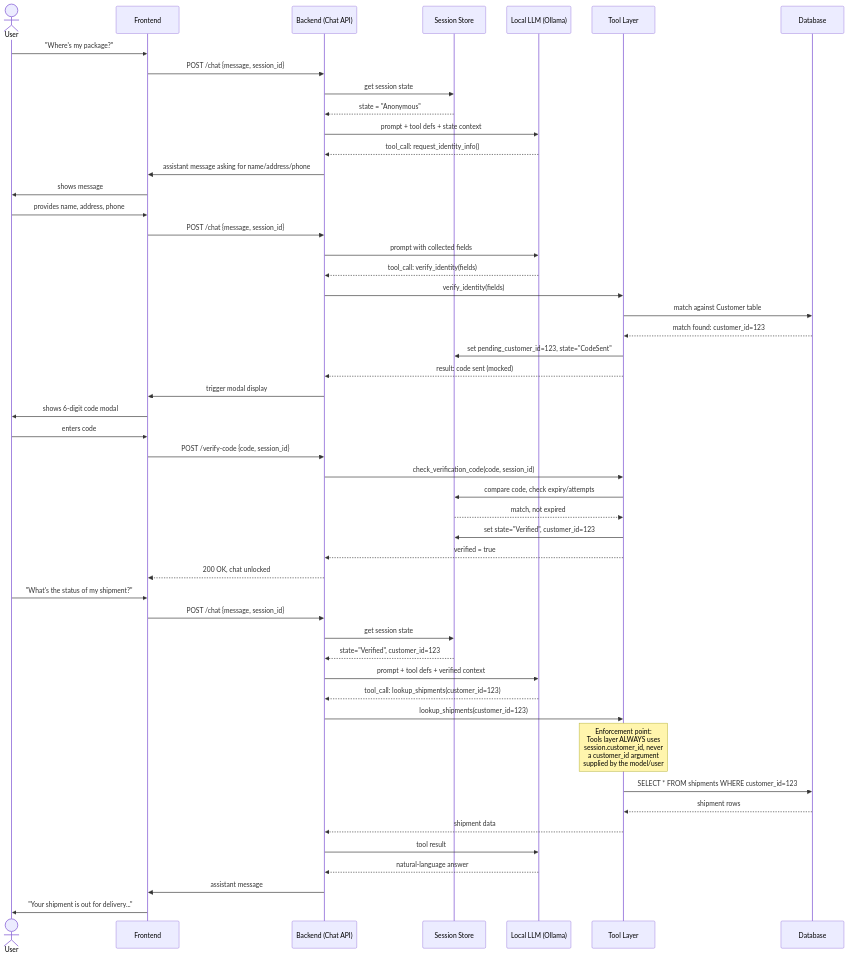
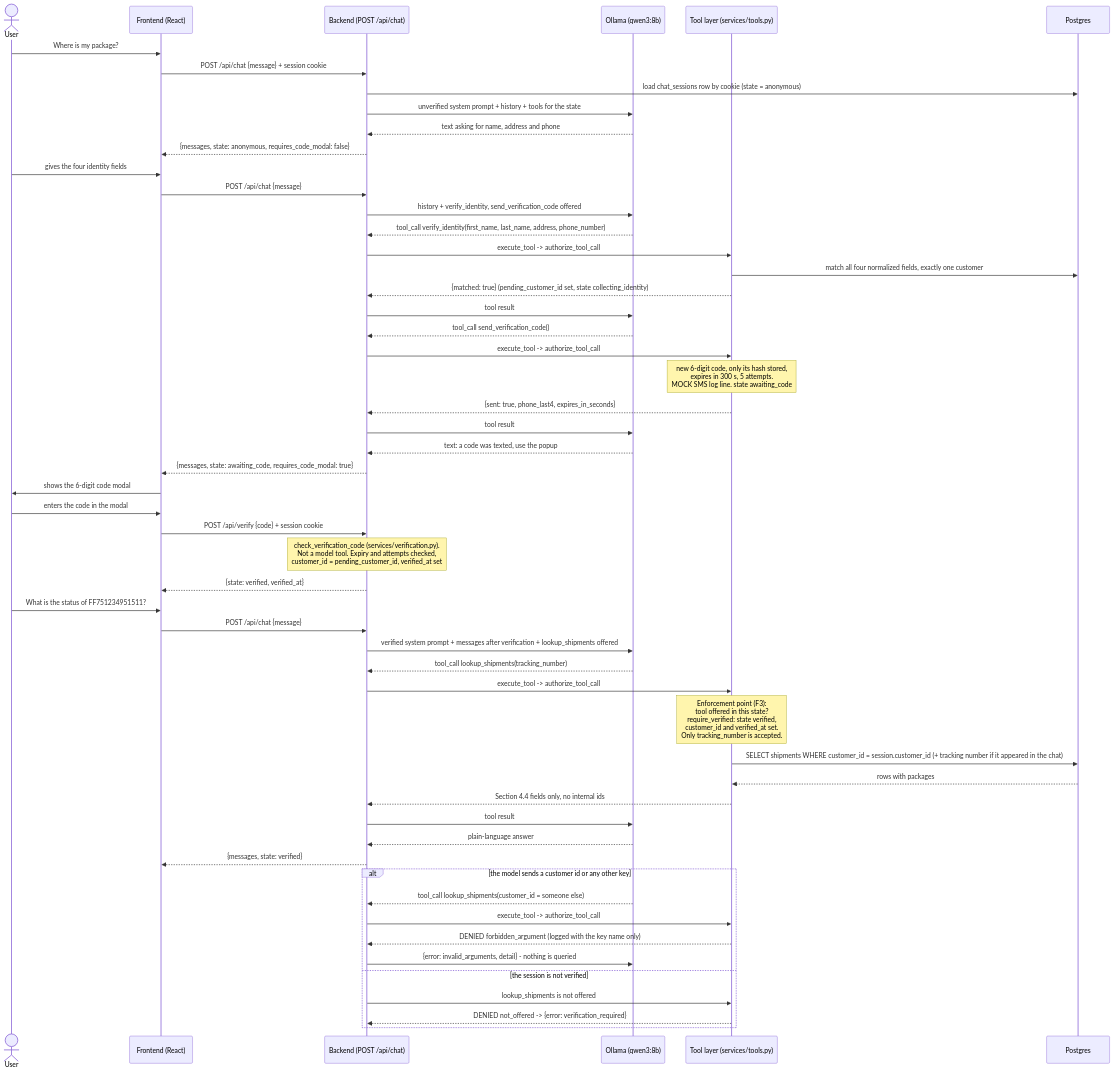
One commit to Vladimir86ns/secureship changed the diagram in docs/diagrams/04-tool-calling-sequence-http.md. Above: the diagram before and after it, drawn with Mermaid. The commit also changed other lines of this file and 10 other files, not shown here.

Commit message:
Week 5: diagrams regenerated against the implementation, final README

````diff
--- a/docs/diagrams/04-tool-calling-sequence-http.md
+++ b/docs/diagrams/04-tool-calling-sequence-http.md
@@ -5,56 +11,61 @@
 ```mermaid
 sequenceDiagram
     actor User
-    participant FE as Frontend
-    participant BE as Backend (Chat API)
-    participant Session as Session Store
-    participant LLM as Local LLM (Ollama)
-    participant Tools as Tool Layer
-    participant DB as Database
+    participant FE as Frontend (React)
+    participant BE as Backend (POST /api/chat)
+    participant LLM as Ollama (qwen3:8b)
+    participant Tools as Tool layer (services/tools.py)
+    participant DB as Postgres
 
-    User->>FE: "Where's my package?"
-    FE->>BE: POST /chat {message, session_id}
-    BE->>Session: get session state
-    Session-->>BE: state = "Anonymous"
-    BE->>LLM: prompt + tool defs + state context
-    LLM-->>BE: tool_call: request_identity_info()
-    BE->>FE: assistant message asking for name/address/phone
-    FE->>User: shows message
+    User->>FE: Where is my package?
+    FE->>BE: POST /api/chat {message} + session cookie
+    BE->>DB: load chat_sessions row by cookie (state = anonymous)
+    BE->>LLM: unverified system prompt + history + tools for the state
+    LLM-->>BE: text asking for name, address and phone
+    BE-->>FE: {messages, state: anonymous, requires_code_modal: false}
 
-    User->>FE: provides name, address, phone
-    FE->>BE: POST /chat {message, session_id}
-    BE->>LLM: prompt with collected fields
-    LLM-->>BE: tool_call: verify_identity(fields)
-    BE->>Tools: verify_identity(fields)
-    Tools->>DB: match against Customer table
-    DB-->>Tools: match found: customer_id=123
-    Tools->>Session: set pending_customer_id=123, state="CodeSent"
-    Tools-->>BE: result: code sent (mocked)
-    BE->>FE: trigger modal display
-    FE->>User: shows 6-digit code modal
+    User->>FE: gives the four identity fields
+    FE->>BE: POST /api/chat {message}
+    BE->>LLM: history + verify_identity, send_verification_code offered
+    LLM-->>BE: tool_call verify_identity(first_name, last_name, address, phone_number)
+    BE->>Tools: execute_tool -> authorize_tool_call
+    Tools->>DB: match all four normalized fields, exactly one customer
+    Tools-->>BE: {matched: true} (pending_customer_id set, state collecting_identity)
+    BE->>LLM: tool result
+    LLM-->>BE: tool_call send_verification_code()
+    BE->>Tools: execute_tool -> authorize_tool_call
+    Note over Tools: new 6-digit code, only its hash stored,<br/>expires in 300 s, 5 attempts.<br/>MOCK SMS log line. state awaiting_code
+    Tools-->>BE: {sent: true, phone_last4, expires_in_seconds}
+    BE->>LLM: tool result
+    LLM-->>BE: text: a code was texted, use the popup
+    BE-->>FE: {messages, state: awaiting_code, requires_code_modal: true}
+    FE->>User: shows the 6-digit code modal
 
-    User->>FE: enters code
-    FE->>BE: POST /verify-code {code, session_id}
-    BE->>Tools: check_verification_code(code, session_id)
-    Tools->>Session: compare code, check expiry/attempts
-    Session-->>Tools: match, not expired
-    Tools->>Session: set state="Verified", customer_id=123
-    Tools-->>BE: verified = true
-    BE-->>FE: 200 OK, chat unlocked
+    User->>FE: enters the code in the modal
+    FE->>BE: POST /api/verify {code} + session cookie
+    Note over BE: check_verification_code (services/verification.py).<br/>Not a model tool. Expiry and attempts checked,<br/>customer_id = pending_customer_id, verified_at set
+    BE-->>FE: {state: verified, verified_at}
 
-    User->>FE: "What's the status of my shipment?"
-    FE->>BE: POST /chat {message, session_id}
-    BE->>Session: get session state
-    Session-->>BE: state="Verified", customer_id=123
-    BE->>LLM: prompt + tool defs + verified context
-    LLM-->>BE: tool_call: lookup_shipments(customer_id=123)
-    BE->>Tools: lookup_shipments(customer_id=123)
-    Note over Tools: Enforcement point:<br/>Tools layer ALWAYS uses<br/>session.customer_id, never<br/>a customer_id argument<br/>supplied by the model/user
-    Tools->>DB: SELECT * FROM shipments WHERE customer_id=123
-    DB-->>Tools: shipment rows
-    Tools-->>BE: shipment data
+    User->>FE: What is the status of FF751234951511?
+    FE->>BE: POST /api/chat {message}
+    BE->>LLM: verified system prompt + messages after verification + lookup_shipments offered
+    LLM-->>BE: tool_call lookup_shipments(tracking_number)
+    BE->>Tools: execute_tool -> authorize_tool_call
+    Note over Tools: Enforcement point (F3):<br/>tool offered in this state?<br/>require_verified: state verified,<br/>customer_id and verified_at set.<br/>Only tracking_number is accepted.
+    Tools->>DB: SELECT shipments WHERE customer_id = session.customer_id (+ tracking number if it appeared in the chat)
+    DB-->>Tools: rows with packages
+    Tools-->>BE: Section 4.4 fields only, no internal ids
     BE->>LLM: tool result
-    LLM-->>BE: natural-language answer
-    BE->>FE: assistant message
-    FE->>User: "Your shipment is out for delivery..."
+    LLM-->>BE: plain-language answer
+    BE-->>FE: {messages, state: verified}
+
+    alt the model sends a customer id or any other key
+        LLM-->>BE: tool_call lookup_shipments(customer_id = someone else)
+        BE->>Tools: execute_tool -> authorize_tool_call
+        Tools-->>BE: DENIED forbidden_argument (logged with the key name only)
+        BE->>LLM: {error: invalid_arguments, detail} - nothing is queried
+    else the session is not verified
+        BE->>Tools: lookup_shipments is not offered
+        Tools-->>BE: DENIED not_offered -> {error: verification_required}
+    end
 ```
````
